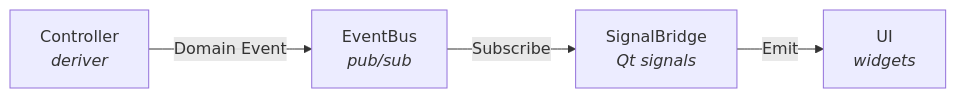
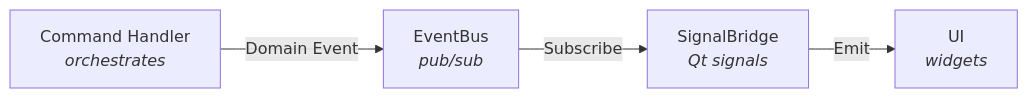
Before and after one commit to scope-impact/QualCoder-v2: the first of 2 diagrams in docs/tutorials/04-event-flow.md, drawn with Mermaid. The commit also changed other lines of this file and 8 other files, not shown here.

First line of the commit message:
docs(tutorials): align onboarding with actual project architecture

````diff
--- a/docs/tutorials/04-event-flow.md
+++ b/docs/tutorials/04-event-flow.md
@@ -9,6 +9,6 @@
 ```mermaid
 graph LR
-    A[Controller<br/><i>deriver</i>] -->|Domain Event| B[EventBus<br/><i>pub/sub</i>]
+    A[Command Handler<br/><i>orchestrates</i>] -->|Domain Event| B[EventBus<br/><i>pub/sub</i>]
     B -->|Subscribe| C[SignalBridge<br/><i>Qt signals</i>]
     C -->|Emit| D[UI<br/><i>widgets</i>]
 ```
````
